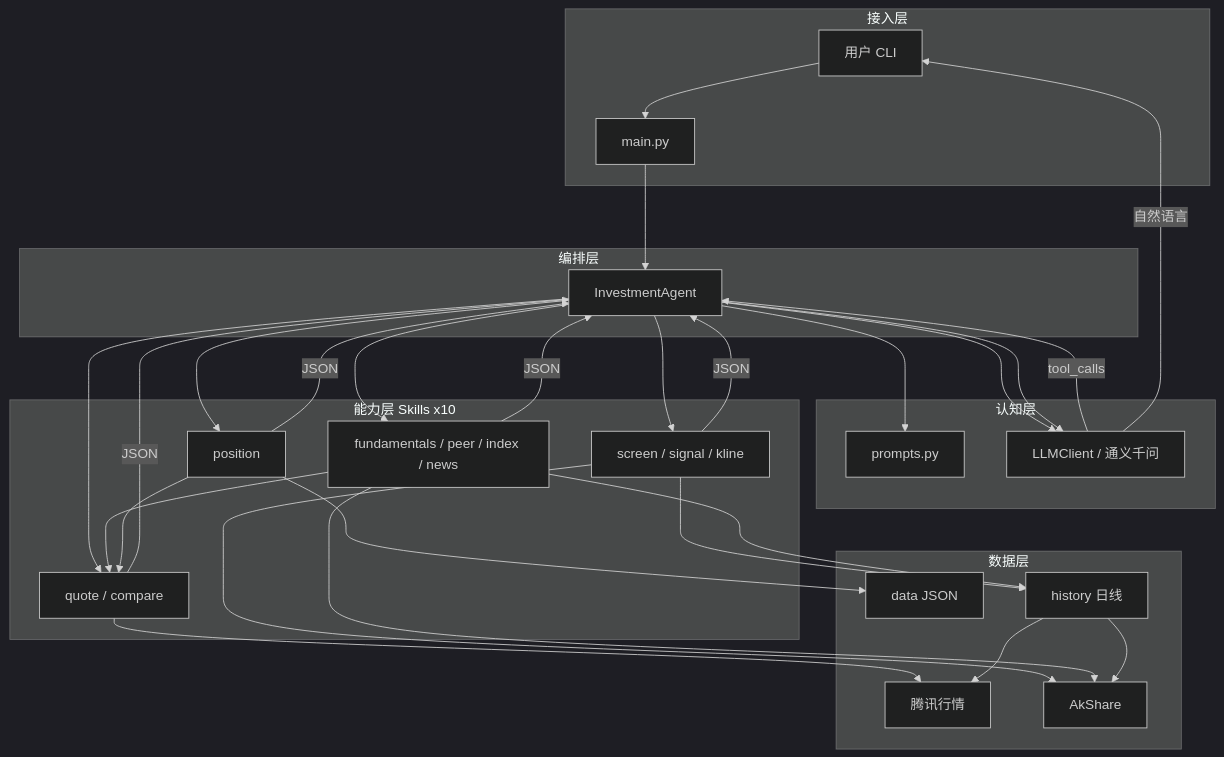
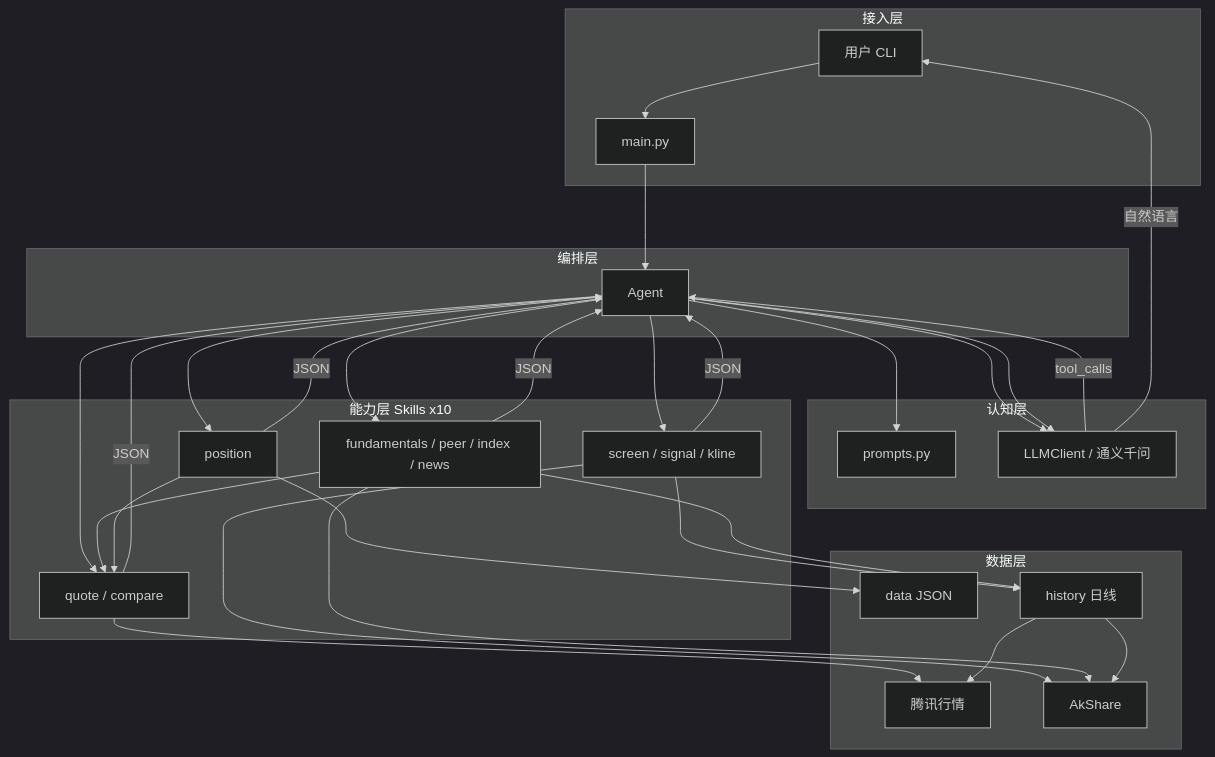
The sixth of 13 diagrams in investment/docs/architecture.md (KaimingGao/workspace_gaokm), drawn with Mermaid (dark theme) before and after one commit. The commit also changed other lines of this file, not shown here.

````diff
--- a/investment/docs/architecture.md
+++ b/investment/docs/architecture.md
@@ -409,55 +409,55 @@
 ```mermaid
 flowchart TB
   subgraph access [接入层]
     User[用户 CLI]
     Main[main.py]
   end
 
   subgraph orch [编排层]
-    Agent[InvestmentAgent]
+    Agent
   end
 
   subgraph cognition [认知层]
     Prompt[prompts.py]
     LLM[LLMClient / 通义千问]
   end
 
   subgraph skills [能力层 Skills x10]
     Q[quote / compare]
     Sel[screen / signal / kline]
     Res[fundamentals / peer / index / news]
     Pos[position]
   end
 
   subgraph data [数据层]
     Tencent[腾讯行情]
     Ak[AkShare]
     Local[data JSON]
     Hist[history 日线]
   end
 
   User --> Main --> Agent
   Agent --> Prompt
   Agent --> LLM
   LLM -->|tool_calls| Agent
   Agent --> Q
   Agent --> Sel
   Agent --> Res
   Agent --> Pos
   Q --> Tencent
   Sel --> Hist
   Sel --> Ak
   Res --> Ak
   Res --> Hist
   Res --> Q
   Pos --> Local
   Pos --> Q
   Hist --> Ak
   Hist --> Tencent
   Q -->|JSON| Agent
   Sel -->|JSON| Agent
   Res -->|JSON| Agent
   Pos -->|JSON| Agent
   Agent --> LLM
   LLM -->|自然语言| User
 ```
````
